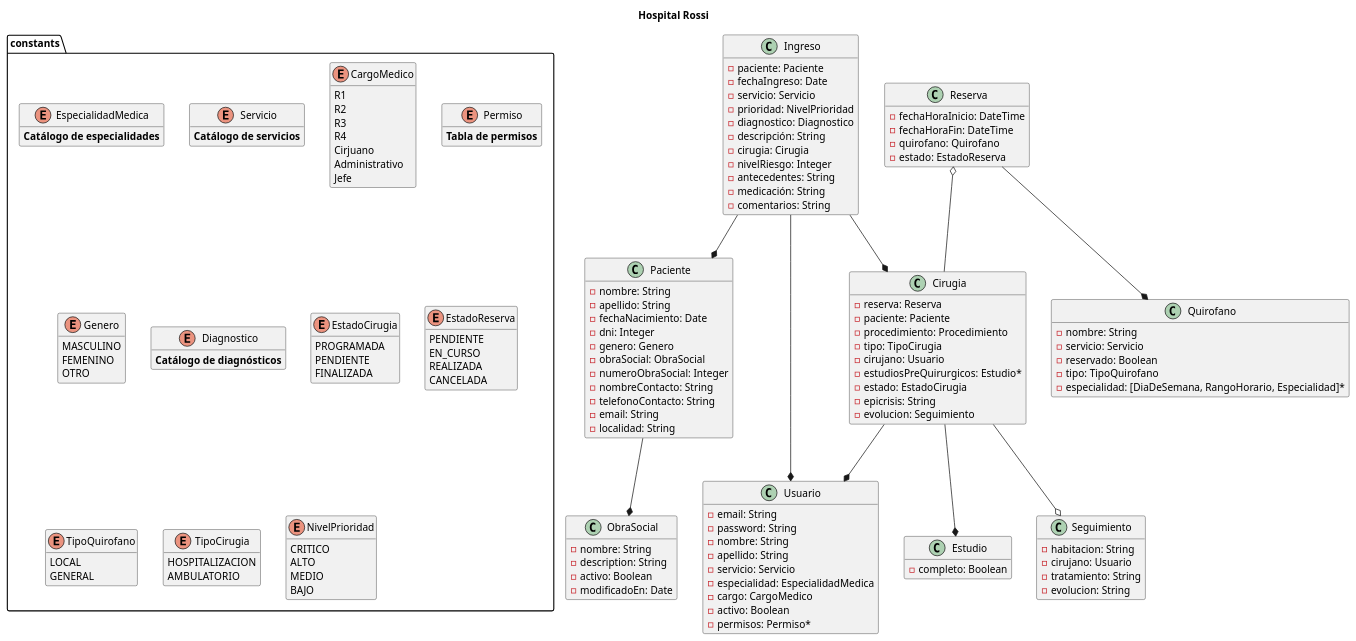
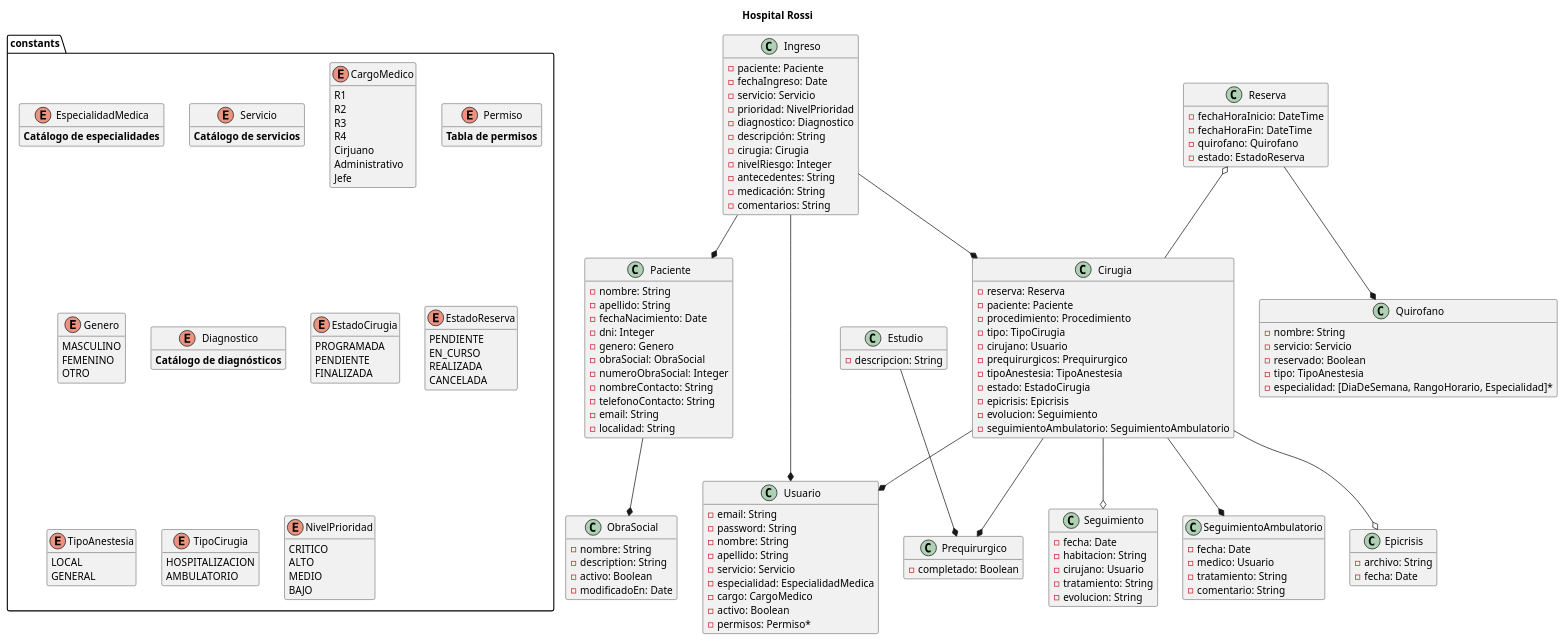
One commit to castiglioneRenzo/quirofanosTTPS changed the diagram in diagrama.puml. Above: the diagram before and after it, drawn with PlantUML.

```diff
--- a/diagrama.puml
+++ b/diagrama.puml
@@ -1,166 +1,187 @@
 @startuml Diagrama
 title Hospital Rossi
 hide empty members
 
 class Usuario {
     -email: String
     -password: String
     -nombre: String
     -apellido: String
     -servicio: Servicio
     -especialidad: EspecialidadMedica
     -cargo: CargoMedico
     -activo: Boolean
     -permisos: Permiso*
 }
 
 enum constants.EspecialidadMedica {
     **Catálogo de especialidades**
 }
 
 enum constants.Servicio {
     **Catálogo de servicios**
 }
 
 enum constants.CargoMedico {
     R1
     R2
     R3
     R4
     Cirjuano
     Administrativo
     Jefe
 }
 
 enum constants.Permiso {
     **Tabla de permisos**
 }
 
 class Paciente {
     -nombre: String
     -apellido: String
     -fechaNacimiento: Date
     -dni: Integer
     -genero: Genero
     -obraSocial: ObraSocial
     -numeroObraSocial: Integer
     -nombreContacto: String
     -telefonoContacto: String
     -email: String
     -localidad: String
 }
 
 enum constants.Genero {
     MASCULINO
     FEMENINO
     OTRO
 }
 
 class ObraSocial {
     -nombre: String
     -description: String
     -activo: Boolean
     -modificadoEn: Date
 }
 
 class Ingreso {
     -paciente: Paciente
     -fechaIngreso: Date
     -servicio: Servicio
     -prioridad: NivelPrioridad
     -diagnostico: Diagnostico
     -descripción: String
     -cirugia: Cirugia
     -nivelRiesgo: Integer
     -antecedentes: String
     -medicación: String
     -comentarios: String
 }
 
 enum constants.Diagnostico {
     **Catálogo de diagnósticos**
 }
 
 class Estudio {
-    -completo: Boolean
+    -descripcion: String
+}
+
+class Prequirurgico {
+    ' -estudio: Estudio
+    -completado: Boolean
 }
 
 class Cirugia {
     -reserva: Reserva
-    ' -fechaHora: DateTime
     -paciente: Paciente
     -procedimiento: Procedimiento
     ' -servicio: Servicio
     -tipo: TipoCirugia
     -cirujano: Usuario
-    -estudiosPreQuirurgicos: Estudio*
-    ' -quirofano: Quirofano
+    -prequirurgicos: Prequirurgico
+    -tipoAnestesia: TipoAnestesia
     -estado: EstadoCirugia
-    -epicrisis: String
+    -epicrisis: Epicrisis
     -evolucion: Seguimiento
+    -seguimientoAmbulatorio: SeguimientoAmbulatorio
 }
 
 enum constants.EstadoCirugia {
     PROGRAMADA
     PENDIENTE
     FINALIZADA
 }
 
 class Quirofano {
     -nombre: String
     -servicio: Servicio
     -reservado: Boolean
-    -tipo: TipoQuirofano
+    -tipo: TipoAnestesia
     -especialidad: [DiaDeSemana, RangoHorario, Especialidad]*
 }
 
 class Reserva {
     -fechaHoraInicio: DateTime
     -fechaHoraFin: DateTime
     '- cirugia: Cirugia
     -quirofano: Quirofano
     -estado: EstadoReserva
 }
 
 enum constants.EstadoReserva {
     PENDIENTE
     EN_CURSO
     REALIZADA
     CANCELADA
 }
 
-enum constants.TipoQuirofano {
+enum constants.TipoAnestesia {
     LOCAL
     GENERAL
 }
 
 enum constants.TipoCirugia {
     HOSPITALIZACION
     AMBULATORIO
 }
 
 enum constants.NivelPrioridad {
     CRITICO
     ALTO
     MEDIO
     BAJO
 }
 
 class Seguimiento {
+    -fecha: Date
     -habitacion: String
     -cirujano: Usuario
     -tratamiento: String
     -evolucion: String
 }
 
+class SeguimientoAmbulatorio {
+    -fecha: Date
+    -medico: Usuario
+    -tratamiento: String
+    -comentario: String
+}
+
+class Epicrisis {
+    -archivo: String
+    -fecha: Date
+}
+
 Paciente --* ObraSocial
 Ingreso --* Paciente
 Ingreso --* Cirugia
 Ingreso --* Usuario
-Cirugia --* Estudio
+Cirugia --* Prequirurgico
+Estudio --* Prequirurgico
 Cirugia --* Usuario
+Cirugia --* SeguimientoAmbulatorio
 Cirugia --o Seguimiento
+Cirugia --o Epicrisis
 Reserva o-- Cirugia
 Reserva --* Quirofano
 
 @enduml
```
